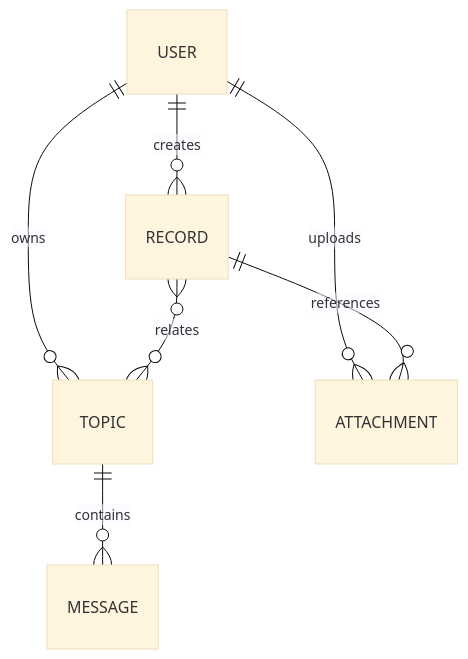
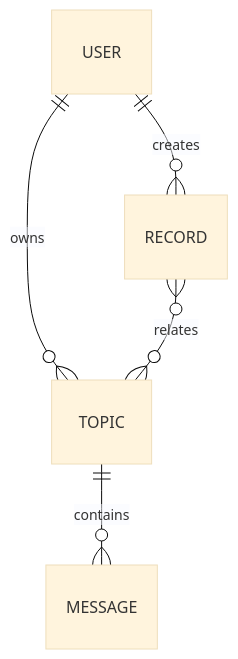
One commit to huiru-wang/eiko changed the second of 5 diagrams in docs/README.md. Above: the diagram before and after it, drawn with Mermaid (base theme). The commit also changed other lines of this file and 71 other files, not shown here.

````diff
--- a/docs/README.md
+++ b/docs/README.md
@@ -138,9 +134,7 @@
 ```mermaid
 erDiagram
     USER ||--o{ RECORD : creates
     USER ||--o{ TOPIC : owns
-    USER ||--o{ ATTACHMENT : uploads
     RECORD }o--o{ TOPIC : relates
     TOPIC ||--o{ MESSAGE : contains
-    RECORD ||--o{ ATTACHMENT : references
 ```
````
